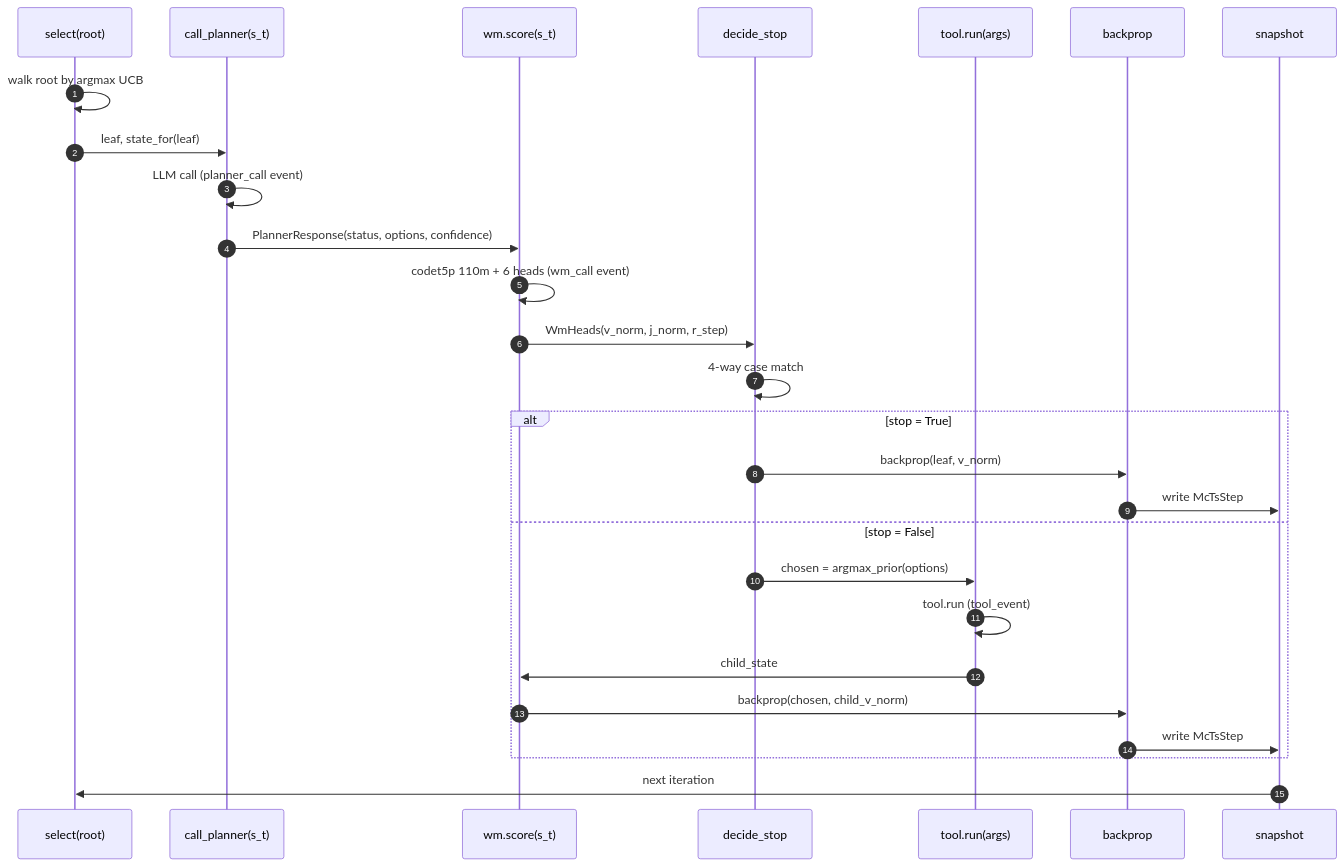
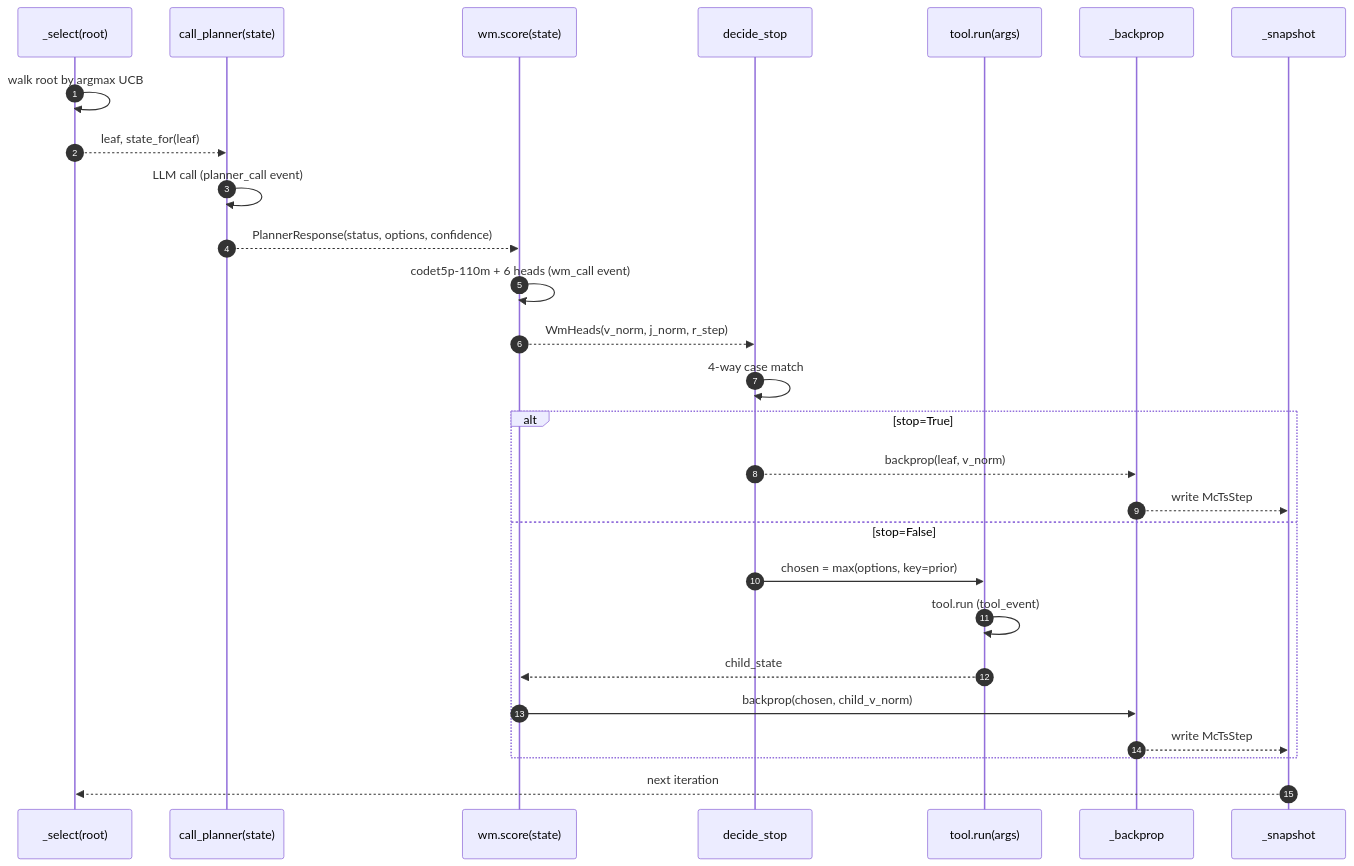
One commit to samrathchadha/perseusresearch changed the first of 2 diagrams in src/content/essays/muzero-pipeline.mdx. Above: the diagram before and after it, drawn with Mermaid. The commit also changed other lines of this file and 31 other files, not shown here.

````diff
--- a/src/content/essays/muzero-pipeline.mdx
+++ b/src/content/essays/muzero-pipeline.mdx
@@ -242,30 +372,30 @@
 ```mermaid
 sequenceDiagram
     autonumber
-    participant Sel as select(root)
-    participant Plan as call_planner(s_t)
-    participant WM as wm.score(s_t)
+    participant Sel as _select(root)
+    participant Plan as call_planner(state)
+    participant WM as wm.score(state)
     participant Stop as decide_stop
     participant Tool as tool.run(args)
-    participant Back as backprop
-    participant Snap as snapshot
+    participant Back as _backprop
+    participant Snap as _snapshot
 
     Sel->>Sel: walk root by argmax UCB
-    Sel->>Plan: leaf, state_for(leaf)
+    Sel-->>Plan: leaf, state_for(leaf)
     Plan->>Plan: LLM call (planner_call event)
-    Plan->>WM: PlannerResponse(status, options, confidence)
-    WM->>WM: codet5p 110m + 6 heads (wm_call event)
-    WM->>Stop: WmHeads(v_norm, j_norm, r_step)
+    Plan-->>WM: PlannerResponse(status, options, confidence)
+    WM->>WM: codet5p-110m + 6 heads (wm_call event)
+    WM-->>Stop: WmHeads(v_norm, j_norm, r_step)
     Stop->>Stop: 4-way case match
-    alt stop = True
-        Stop->>Back: backprop(leaf, v_norm)
-        Back->>Snap: write McTsStep
-    else stop = False
-        Stop->>Tool: chosen = argmax_prior(options)
+    alt stop=True
+        Stop-->>Back: backprop(leaf, v_norm)
+        Back-->>Snap: write McTsStep
+    else stop=False
+        Stop->>Tool: chosen = max(options, key=prior)
         Tool->>Tool: tool.run (tool_event)
-        Tool->>WM: child_state
+        Tool-->>WM: child_state
         WM->>Back: backprop(chosen, child_v_norm)
-        Back->>Snap: write McTsStep
+        Back-->>Snap: write McTsStep
     end
-    Snap->>Sel: next iteration
+    Snap-->>Sel: next iteration
 ```
````
